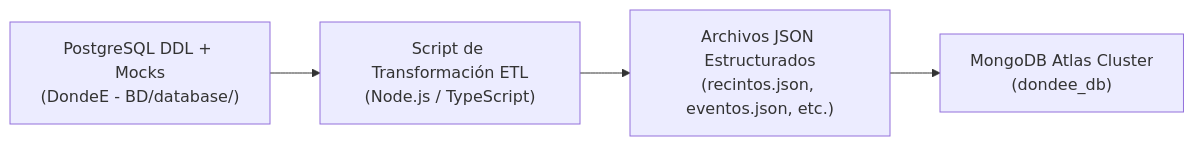
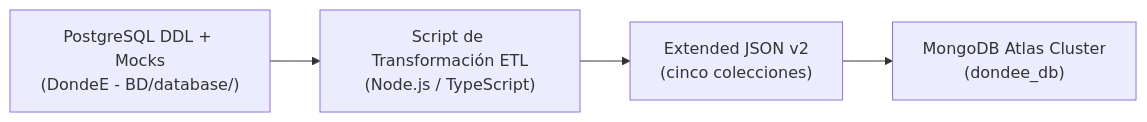
One commit to br1fz/DondeE changed the second of 3 diagrams in Documentos/Analisis_Migracion_NoSQL_MongoDB.md. Above: the diagram before and after it, drawn with Mermaid. The commit also changed other lines of this file, not shown here.

````diff
--- a/Documentos/Analisis_Migracion_NoSQL_MongoDB.md
+++ b/Documentos/Analisis_Migracion_NoSQL_MongoDB.md
@@ -250,6 +275,6 @@
 ```mermaid
 flowchart LR
     A["PostgreSQL DDL + Mocks<br/>(DondeE - BD/database/)"] --> B["Script de Transformación ETL<br/>(Node.js / TypeScript)"]
-    B --> C["Archivos JSON Estructurados<br/>(recintos.json, eventos.json, etc.)"]
+    B --> C["Extended JSON v2<br/>(cinco colecciones)"]
     C --> D["MongoDB Atlas Cluster<br/>(dondee_db)"]
 ```
````
